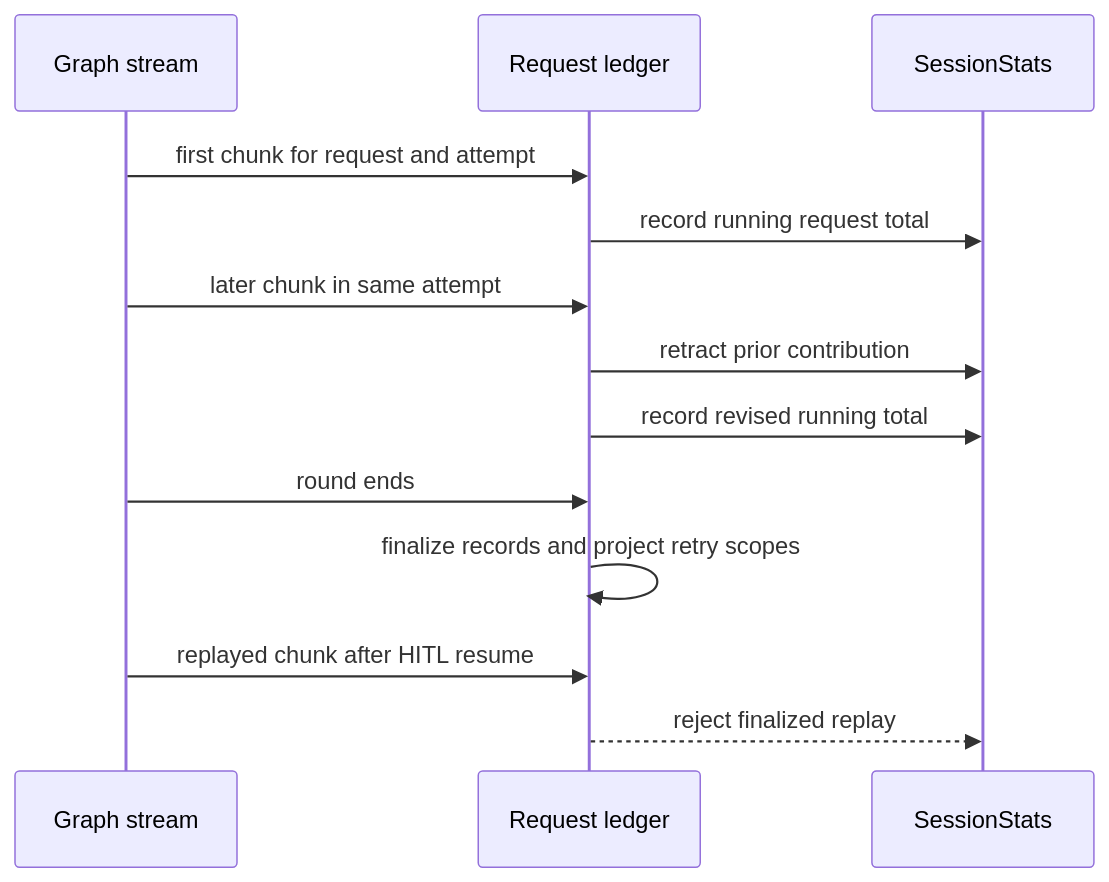
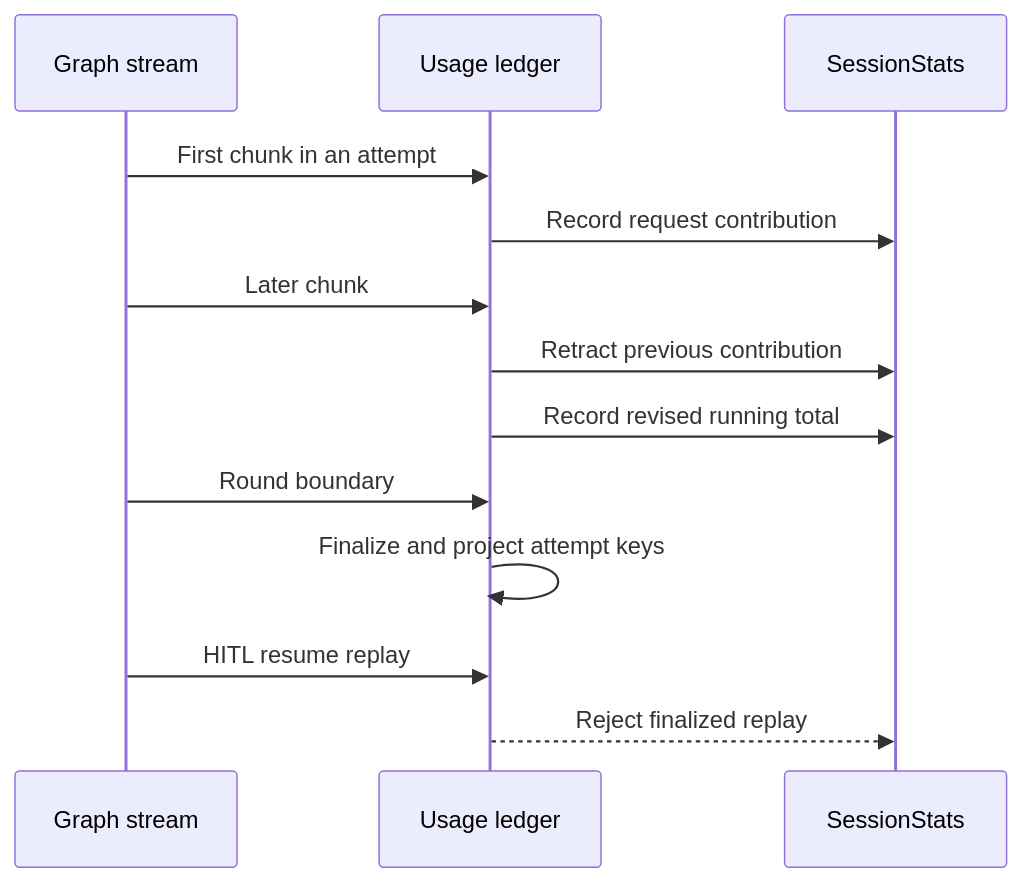
One commit to langchain-ai/deepagents changed the second of 2 diagrams in openwiki/operations/cost-and-sessions.md. Above: the diagram before and after it, drawn with Mermaid. The commit also changed other lines of this file and 136 other files, not shown here.

````diff
--- a/openwiki/operations/cost-and-sessions.md
+++ b/openwiki/operations/cost-and-sessions.md
@@ -108,15 +106,15 @@
 ```mermaid
 sequenceDiagram
-    participant Stream as Graph stream
-    participant Ledger as Request ledger
+    participant Graph as Graph stream
+    participant Ledger as Usage ledger
     participant Stats as SessionStats
-    Stream->>Ledger: first chunk for request and attempt
-    Ledger->>Stats: record running request total
-    Stream->>Ledger: later chunk in same attempt
-    Ledger->>Stats: retract prior contribution
-    Ledger->>Stats: record revised running total
-    Stream->>Ledger: round ends
-    Ledger->>Ledger: finalize records and project retry scopes
-    Stream->>Ledger: replayed chunk after HITL resume
-    Ledger-->>Stats: reject finalized replay
+    Graph->>Ledger: First chunk in an attempt
+    Ledger->>Stats: Record request contribution
+    Graph->>Ledger: Later chunk
+    Ledger->>Stats: Retract previous contribution
+    Ledger->>Stats: Record revised running total
+    Graph->>Ledger: Round boundary
+    Ledger->>Ledger: Finalize and project attempt keys
+    Graph->>Ledger: HITL resume replay
+    Ledger-->>Stats: Reject finalized replay
 ```
````
